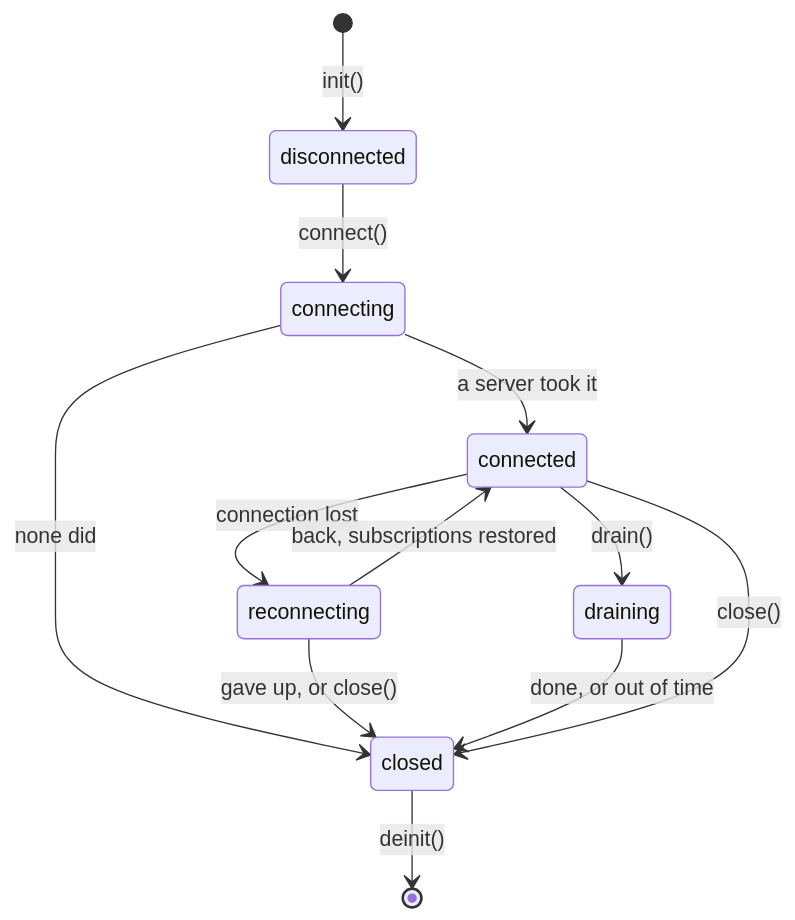
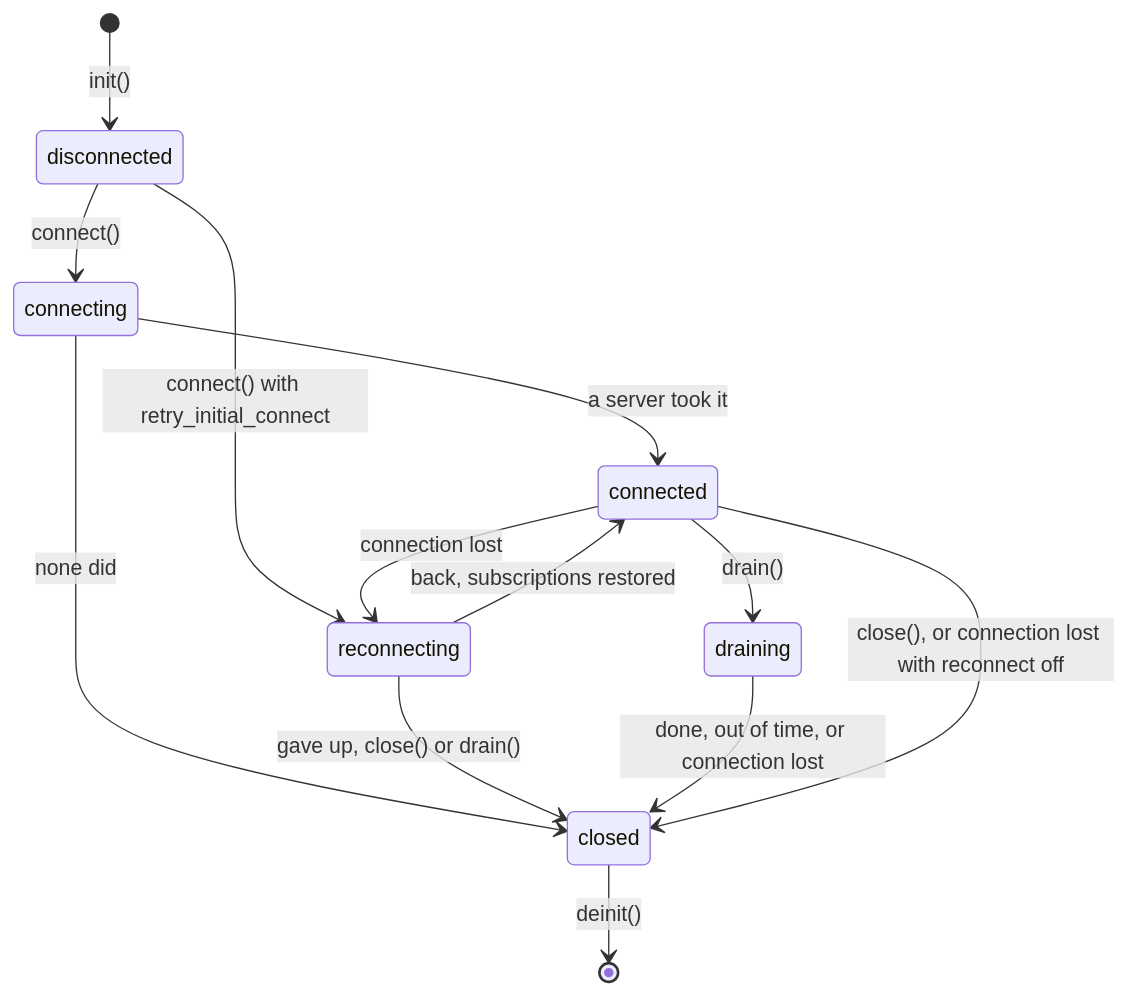
One commit to vkiryakov/zefir changed the sixth of 8 diagrams in src/nats/examples/README.md. Above: the diagram before and after it, drawn with Mermaid. The commit also changed other lines of this file, not shown here.

````diff
--- a/src/nats/examples/README.md
+++ b/src/nats/examples/README.md
@@ -899,14 +902,15 @@
 ```mermaid
 stateDiagram-v2
     [*] --> disconnected: init()
     disconnected --> connecting: connect()
+    disconnected --> reconnecting: connect() with retry_initial_connect
     connecting --> connected: a server took it
     connecting --> closed: none did
     connected --> reconnecting: connection lost
     reconnecting --> connected: back, subscriptions restored
-    reconnecting --> closed: gave up, or close()
+    reconnecting --> closed: gave up, close() or drain()
     connected --> draining: drain()
-    draining --> closed: done, or out of time
-    connected --> closed: close()
+    draining --> closed: done, out of time, or connection lost
+    connected --> closed: close(), or connection lost with reconnect off
     closed --> [*]: deinit()
 ```
````
